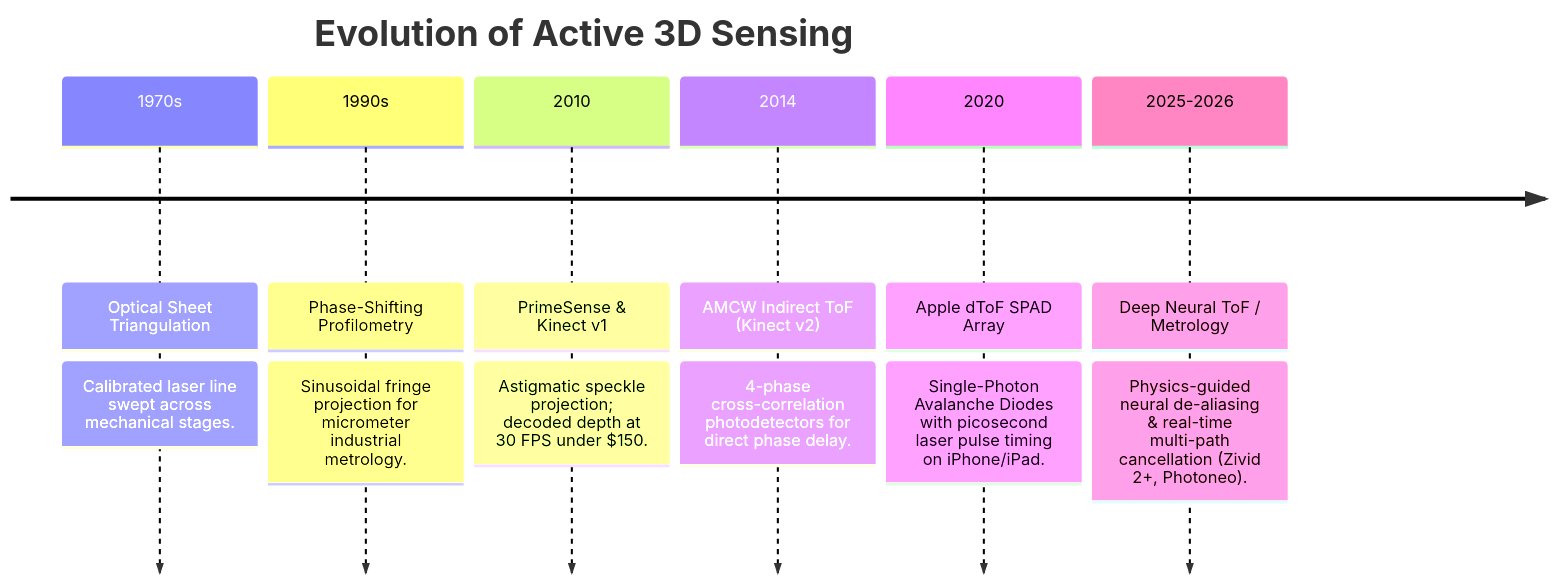
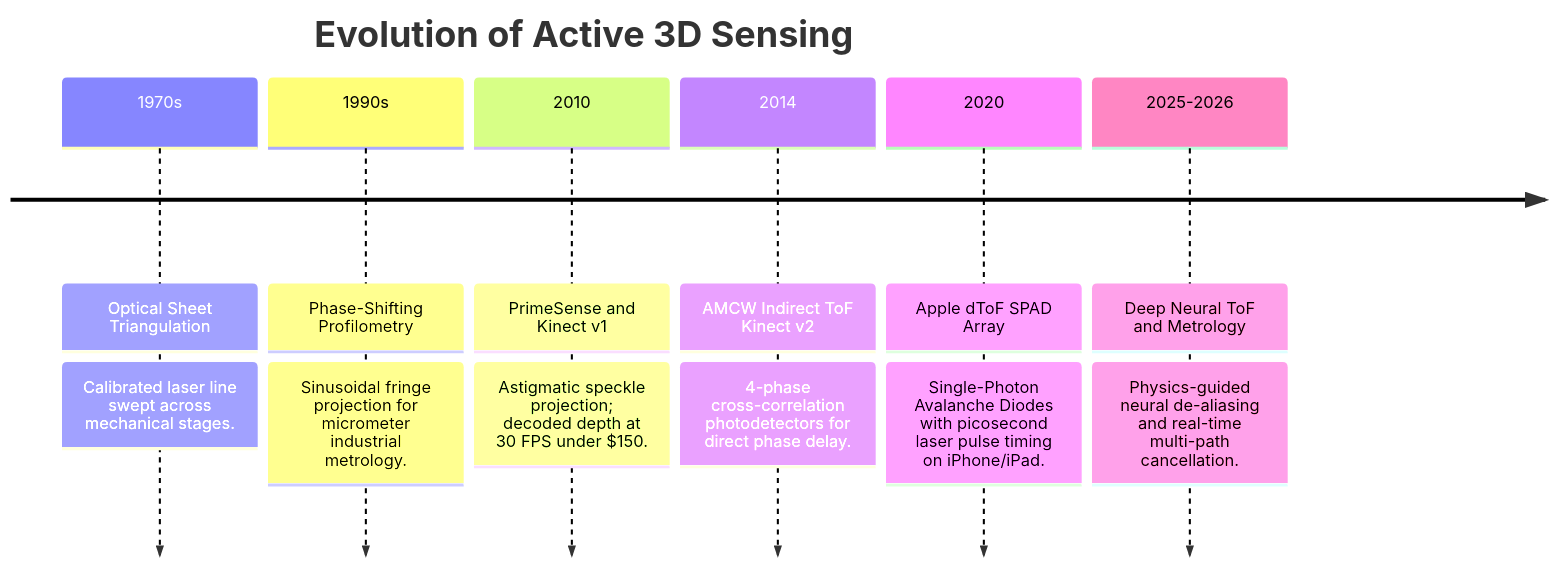
One commit to sergiomh499/cv-projects changed the diagram in topics/active-3d-sensing-and-structured-light/01-historical-evolution-and-paradigms.md. Above: the diagram before and after it, drawn with Mermaid. The commit also changed other lines of this file and 51 other files, not shown here.

````diff
--- a/topics/active-3d-sensing-and-structured-light/01-historical-evolution-and-paradigms.md
+++ b/topics/active-3d-sensing-and-structured-light/01-historical-evolution-and-paradigms.md
@@ -27,11 +27,10 @@
 ```mermaid
 timeline
     title Evolution of Active 3D Sensing
     1970s : Optical Sheet Triangulation : Calibrated laser line swept across mechanical stages.
     1990s : Phase-Shifting Profilometry : Sinusoidal fringe projection for micrometer industrial metrology.
-    2010 : PrimeSense & Kinect v1 : Astigmatic speckle projection; decoded depth at 30 FPS under $150.
-    2014 : AMCW Indirect ToF (Kinect v2) : 4-phase cross-correlation photodetectors for direct phase delay.
+    2010 : PrimeSense and Kinect v1 : Astigmatic speckle projection; decoded depth at 30 FPS under $150.
+    2014 : AMCW Indirect ToF Kinect v2 : 4-phase cross-correlation photodetectors for direct phase delay.
     2020 : Apple dToF SPAD Array : Single-Photon Avalanche Diodes with picosecond laser pulse timing on iPhone/iPad.
-    2025-2026 : Deep Neural ToF / Metrology : Physics-guided neural de-aliasing & real-time multi-path cancellation (Zivid 2+, Photoneo).
-
+    2025-2026 : Deep Neural ToF and Metrology : Physics-guided neural de-aliasing and real-time multi-path cancellation.
 ```
````
